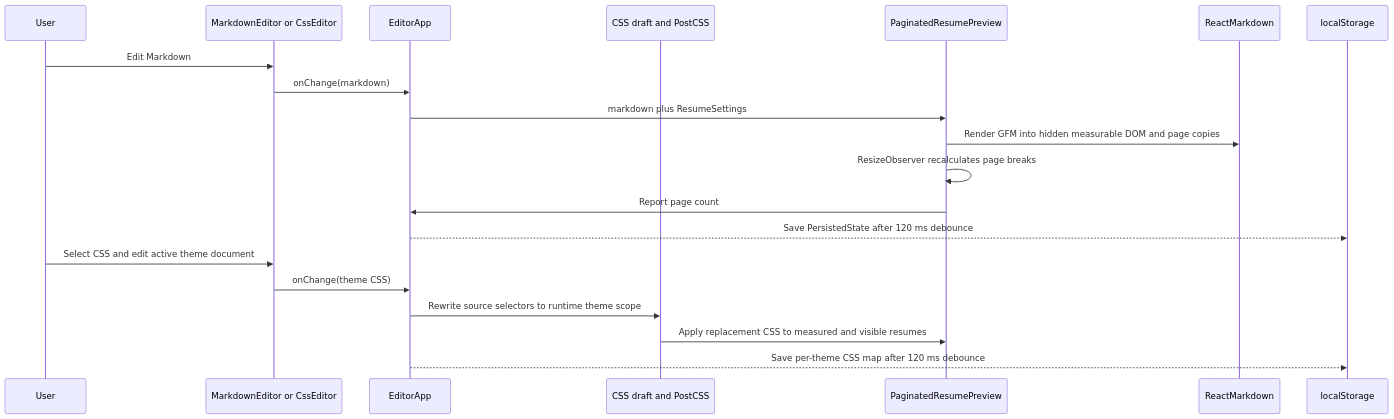
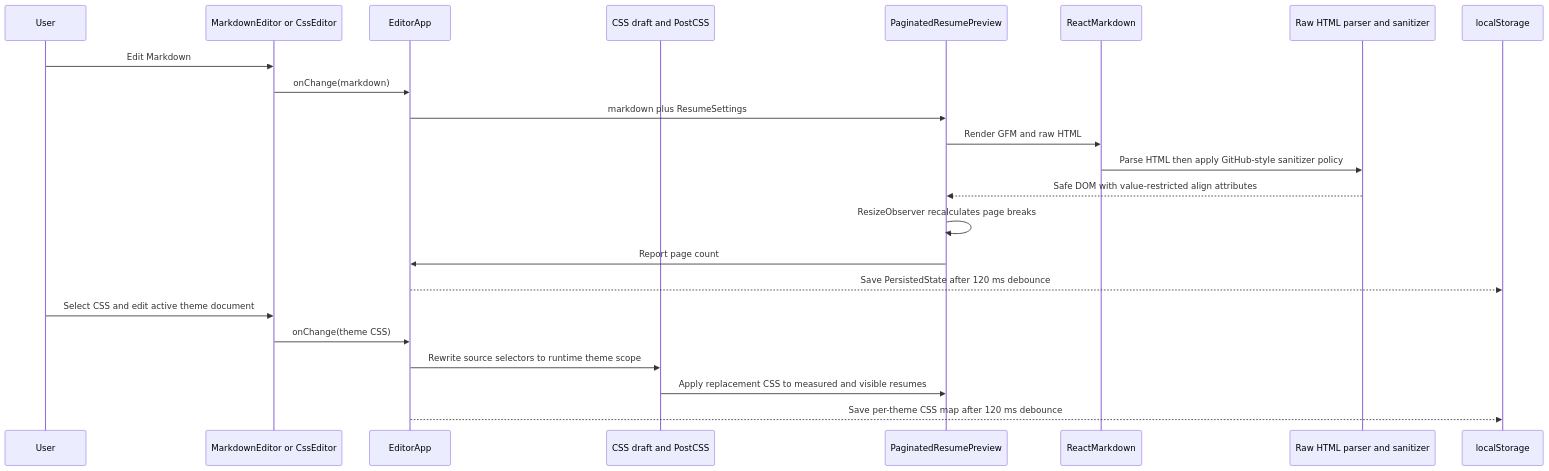
The fourth of 7 diagrams in docs/knowledge-graph.md (jarvanstack/markdown-to-resume), drawn with Mermaid before and after one commit. The commit also changed other lines of this file and 8 other files, not shown here.

Commit message:
Complete GitHub-style HTML alignment

````diff
--- a/docs/knowledge-graph.md
+++ b/docs/knowledge-graph.md
@@ -133,23 +139,26 @@
 ```mermaid
 sequenceDiagram
     participant U as User
     participant E as MarkdownEditor or CssEditor
     participant A as EditorApp
     participant C as CSS draft and PostCSS
     participant P as PaginatedResumePreview
     participant R as ReactMarkdown
+    participant H as Raw HTML parser and sanitizer
     participant S as localStorage
 
     U->>E: Edit Markdown
     E->>A: onChange(markdown)
     A->>P: markdown plus ResumeSettings
-    P->>R: Render GFM into hidden measurable DOM and page copies
+    P->>R: Render GFM and raw HTML
+    R->>H: Parse HTML then apply GitHub-style sanitizer policy
+    H-->>P: Safe DOM with value-restricted align attributes
     P->>P: ResizeObserver recalculates page breaks
     P->>A: Report page count
     A-->>S: Save PersistedState after 120 ms debounce
     U->>E: Select CSS and edit active theme document
     E->>A: onChange(theme CSS)
     A->>C: Rewrite source selectors to runtime theme scope
     C->>P: Apply replacement CSS to measured and visible resumes
     A-->>S: Save per-theme CSS map after 120 ms debounce
 ```
````
